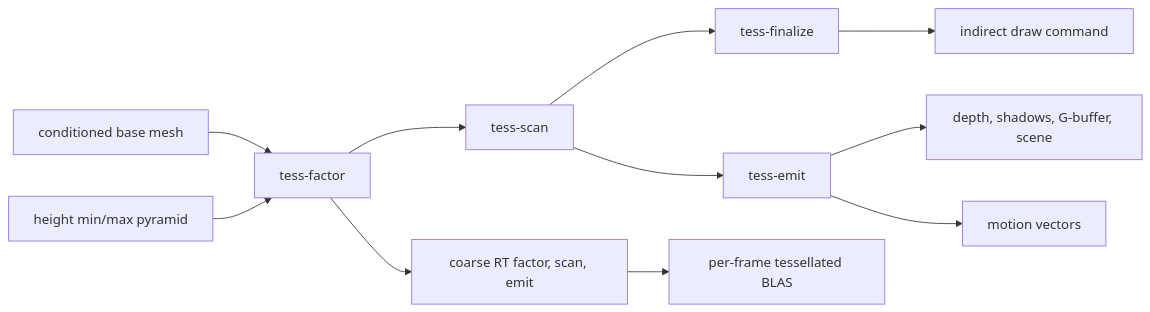
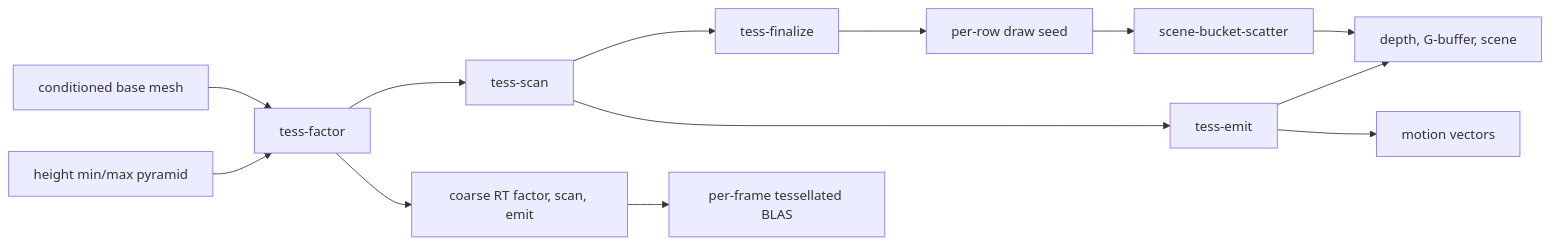
Before and after one commit to saffronjam/SaffronEngine: the diagram in docs/content/explanations/frame-and-render-graph/compute-displacement.md, drawn with Mermaid. The commit also changed other lines of this file and 1173 other files, not shown here.

````diff
--- a/docs/content/explanations/frame-and-render-graph/compute-displacement.md
+++ b/docs/content/explanations/frame-and-render-graph/compute-displacement.md
@@ -14,13 +14,15 @@
 ```mermaid
 flowchart LR
   mesh[conditioned base mesh] --> factor[tess-factor]
   pyramid[height min/max pyramid] --> factor
   factor --> scan[tess-scan]
   scan --> finalize[tess-finalize]
   scan --> emit[tess-emit]
-  finalize --> args[indirect draw command]
-  emit --> raster[depth, shadows, G-buffer, scene]
+  finalize --> seed[per-row draw seed]
+  seed --> bin[scene-bucket-scatter]
+  bin --> raster[depth, G-buffer, scene]
+  emit --> raster
   emit --> motion[motion vectors]
   factor --> coarse[coarse RT factor, scan, emit]
   coarse --> blas[per-frame tessellated BLAS]
 ```
````
